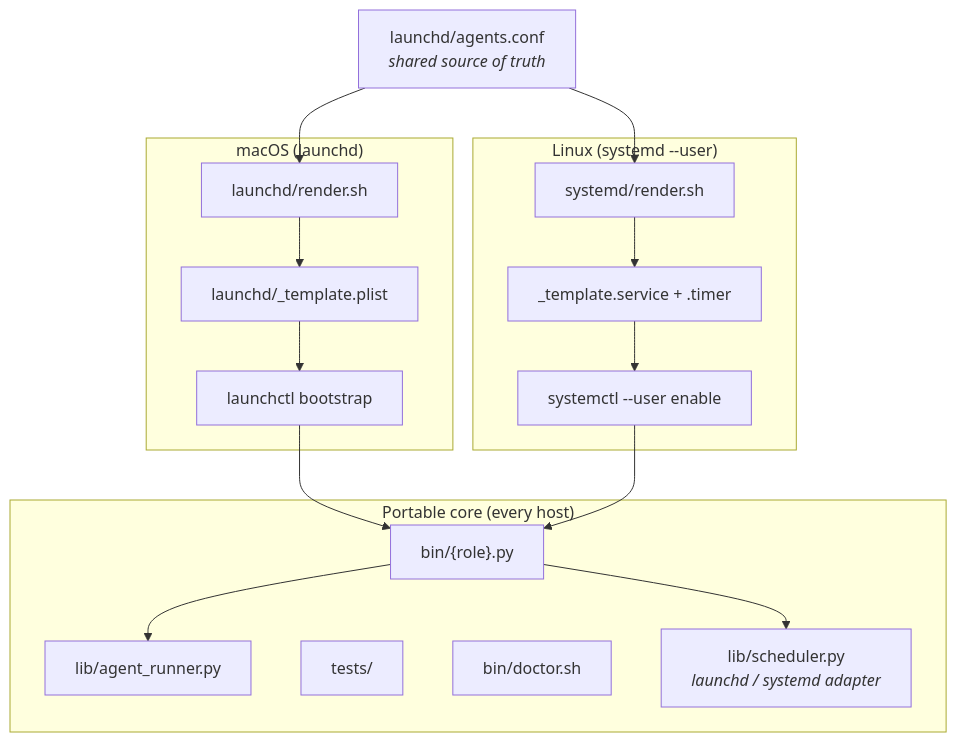
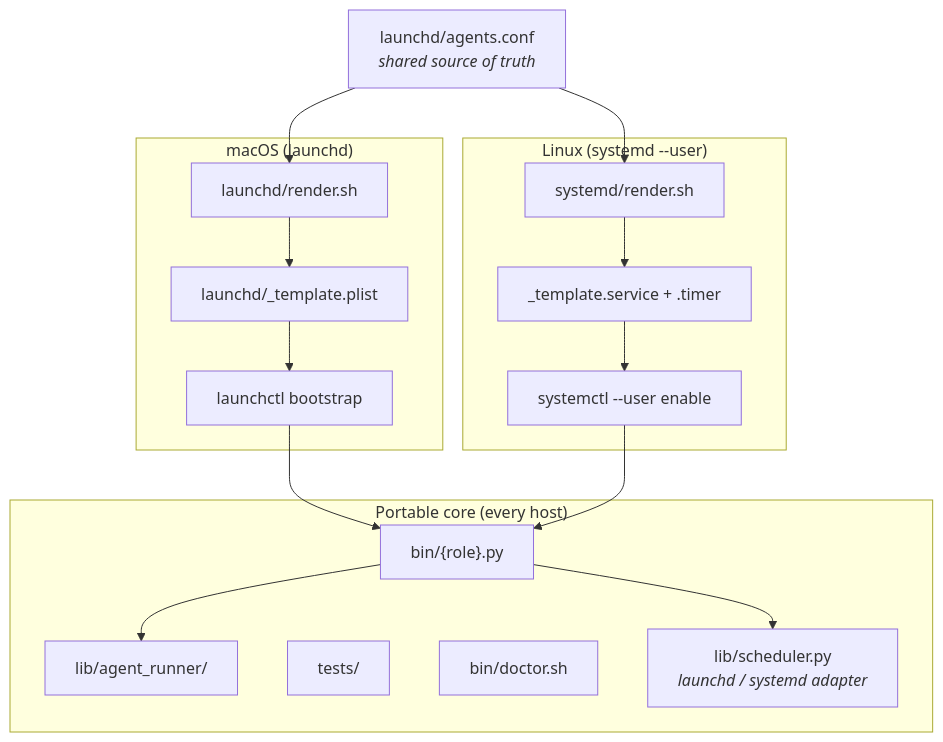
The diagram in site/src/content/docs/guides/linux.md (luminik-io/alfred-os), drawn with Mermaid before and after one commit. The commit also changed 17 other files, not shown here.

````diff
--- a/site/src/content/docs/guides/linux.md
+++ b/site/src/content/docs/guides/linux.md
@@ -14,30 +14,30 @@
 ```mermaid
 flowchart TB
     subgraph portable["Portable core (every host)"]
-        runner["lib/agent_runner.py"]
+        runner["lib/agent_runner/"]
         bins["bin/{role}.py"]
         tests["tests/"]
         doctor["bin/doctor.sh"]
         sched["lib/scheduler.py<br/><i>launchd / systemd adapter</i>"]
     end
 
     subgraph mac["macOS (launchd)"]
         lrender["launchd/render.sh"]
         ltmpl["launchd/_template.plist"]
         lctl["launchctl bootstrap"]
     end
 
     subgraph linux["Linux (systemd --user)"]
         srender["systemd/render.sh"]
         stmpl["_template.service + .timer"]
         sctl["systemctl --user enable"]
     end
 
     conf["launchd/agents.conf<br/><i>shared source of truth</i>"]
     conf --> lrender
     conf --> srender
     lrender --> ltmpl --> lctl --> bins
     srender --> stmpl --> sctl --> bins
     bins --> runner
     bins --> sched
 ```
````
